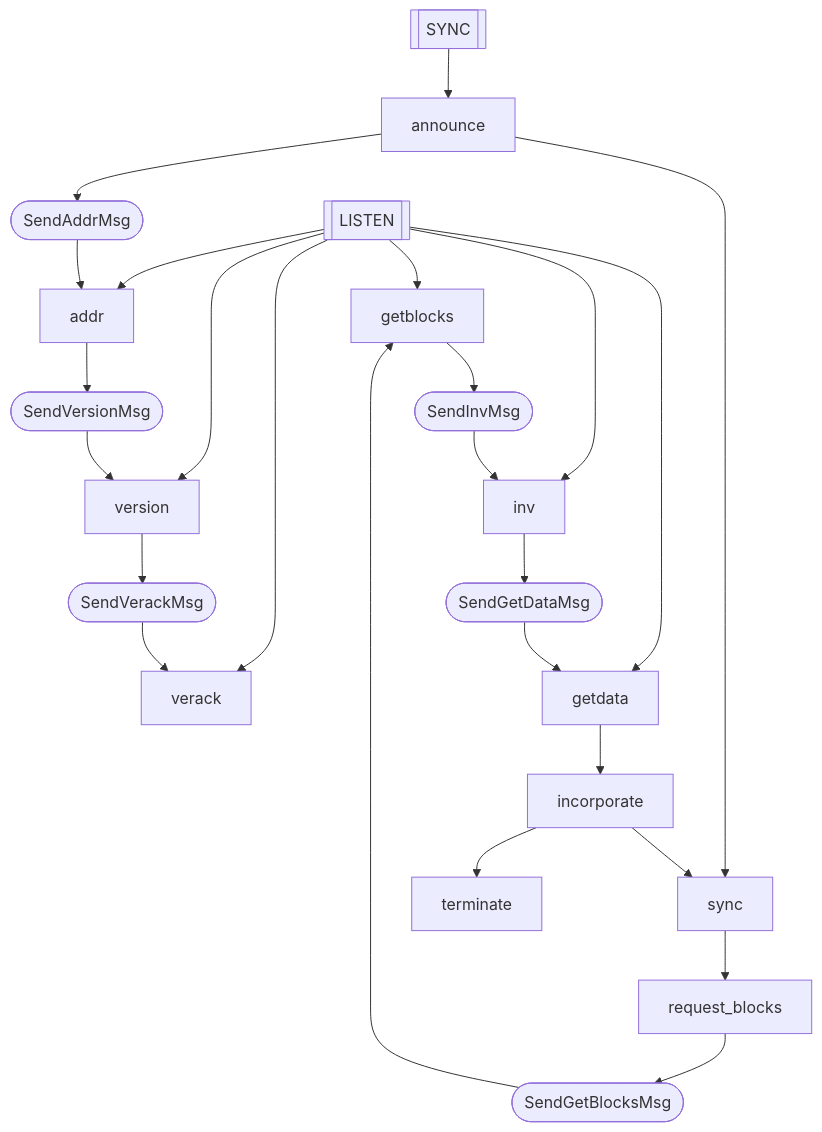
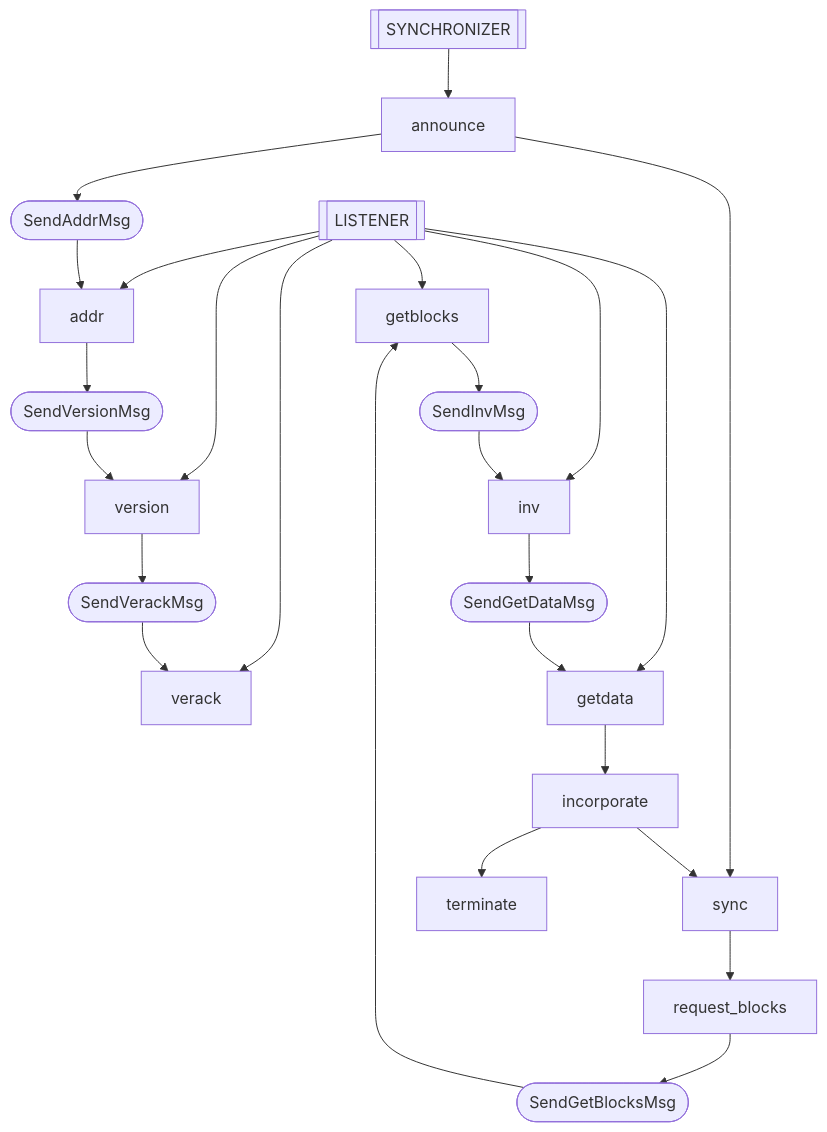
One commit to oxarbitrage/zcash-p2p-spec changed the third of 4 diagrams in README.md. Above: the diagram before and after it, drawn with Mermaid. The commit also changed other lines of this file and 1 other file, not shown here.

````diff
--- a/README.md
+++ b/README.md
@@ -33,29 +74,29 @@
 ```mermaid
 flowchart TD
-LISTEN[[LISTEN]] --> addr
-LISTEN --> version
-LISTEN --> verack
-LISTEN --> getblocks
-LISTEN --> inv
-LISTEN --> getdata
+LISTENER[[LISTENER]] --> addr
+LISTENER --> version
+LISTENER --> verack
+LISTENER --> getblocks
+LISTENER --> inv
+LISTENER --> getdata
 
-SYNC[[SYNC]] --> announce
+SYNCHRONIZER[[SYNCHRONIZER]] --> announce
 announce --> send_addr_msg([SendAddrMsg])
 send_addr_msg --> addr
 addr --> send_version_msg([SendVersionMsg])
 send_version_msg --> version
 version --> send_verack_msg([SendVerackMsg])
 send_verack_msg --> verack
 
 announce --> sync
 sync --> request_blocks
 request_blocks --> send_getblocks_msg([SendGetBlocksMsg])
 send_getblocks_msg --> getblocks
 getblocks --> send_inv_msg([SendInvMsg])
 send_inv_msg --> inv
 inv --> send_getdata_msg([SendGetDataMsg])
 send_getdata_msg --> getdata
 getdata --> incorporate
 incorporate --> sync
 incorporate --> terminate
 ```
````
